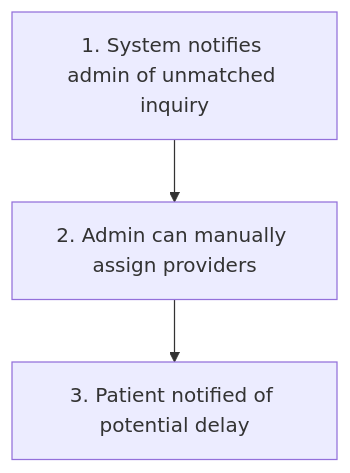
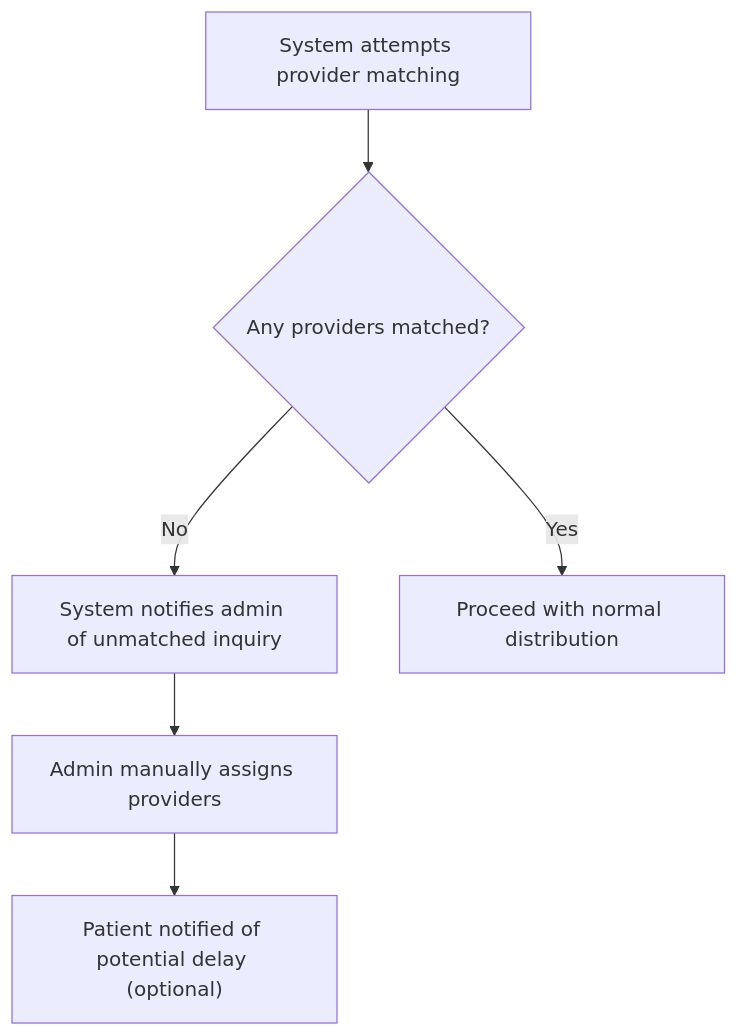
One commit to joachimtrungtuan/hairline-pm-docs changed the seventh of 14 diagrams in project-requirements/functional-requirements/fr003-inquiry-submission/prd.md. Above: the diagram before and after it, drawn with Mermaid. The commit also changed other lines of this file and 12 other files, not shown here.

Commit message:
Update task automation scripts and update FR-003 flows into Mermaid format

````diff
--- a/project-requirements/functional-requirements/fr003-inquiry-submission/prd.md
+++ b/project-requirements/functional-requirements/fr003-inquiry-submission/prd.md
@@ -226,5 +220,8 @@
 ```mermaid
 flowchart TD
-  B1S1["1. System notifies admin of unmatched inquiry"] --> B1S2["2. Admin can manually assign providers"]
-  B1S2 --> B1S3["3. Patient notified of potential delay"]
+    Start["System attempts provider matching"] --> Found{"Any providers matched?"}
+    Found -->|No| NotifyAdmin["System notifies admin of unmatched inquiry"]
+    NotifyAdmin --> Manual["Admin manually assigns providers"]
+    Manual --> NotifyPatient["Patient notified of potential delay (optional)"]
+    Found -->|Yes| Continue["Proceed with normal distribution"]
 ```
````
